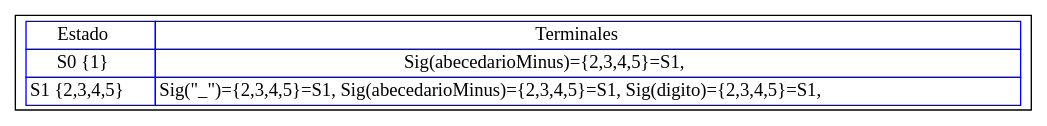
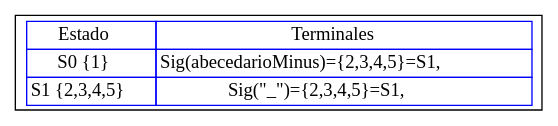
Before and after one commit to Racs0XD/-OLC1-Proyecto1_201603028: the diagram in Py1_201603028/src/TRANSICIONES_201603028/identificador.dot, drawn with Graphviz. The commit also changed 68 other files, not shown here.

```diff
--- a/Py1_201603028/src/TRANSICIONES_201603028/identificador.dot
+++ b/Py1_201603028/src/TRANSICIONES_201603028/identificador.dot
@@ -1,15 +1,15 @@
 digraph G{
 rankdir=UD
 node[shape=box]
 concentrate=true
 nodo0 [ label =<<table border='0' cellborder='1' color='blue' cellspacing='0'>
 <tr><td>Estado</td><td>Terminales</td></tr>
 
 <tr><td>S0 {1}</td><td>Sig(abecedarioMinus)={2,3,4,5}=S1, </td></tr>
 
-<tr><td>S1 {2,3,4,5}</td><td>Sig("_")={2,3,4,5}=S1, Sig(abecedarioMinus)={2,3,4,5}=S1, Sig(digito)={2,3,4,5}=S1, </td></tr>
+<tr><td>S1 {2,3,4,5}</td><td>Sig("_")={2,3,4,5}=S1, </td></tr>
 
 </table>
 >];
 
 }
```
